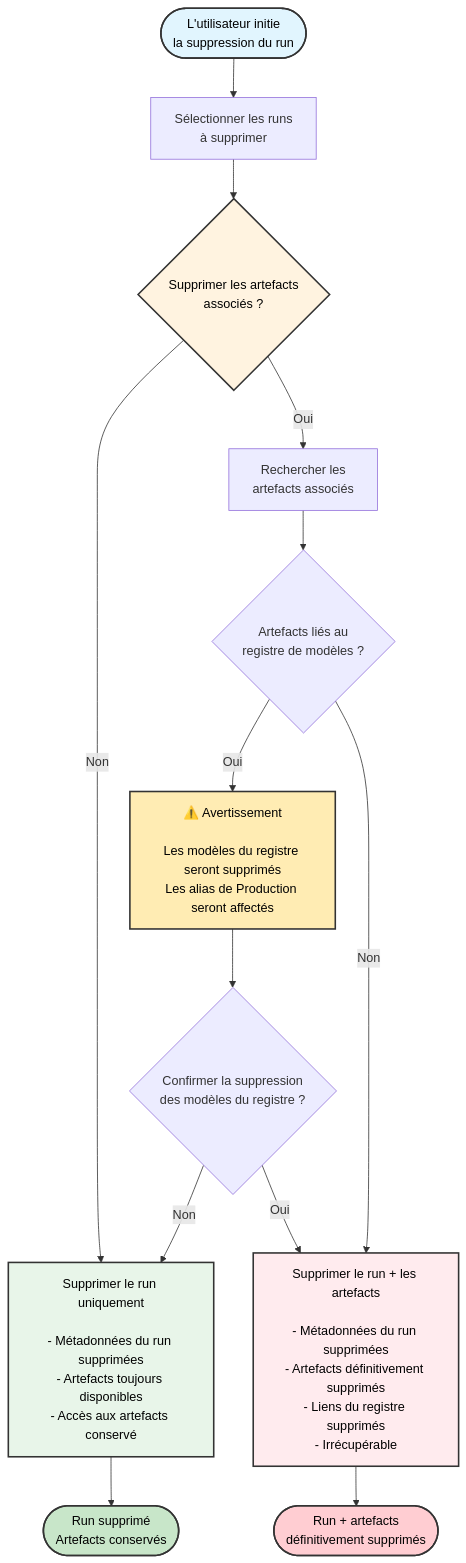
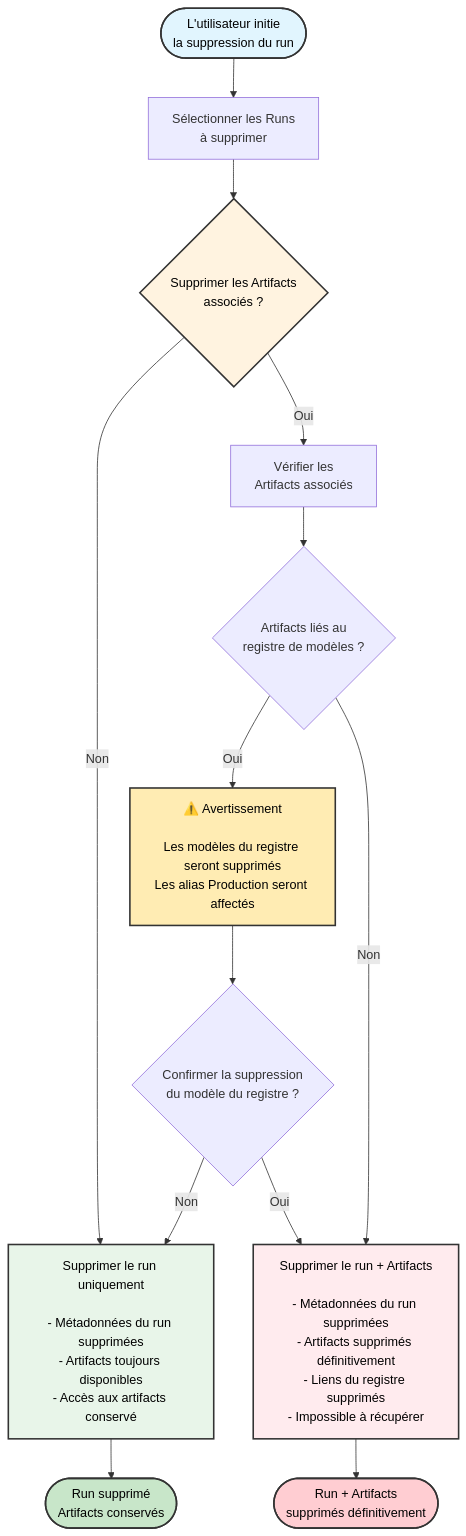
One commit to wandb/docs changed the diagram in fr/models/runs/delete-runs.mdx. Above: the diagram before and after it, drawn with Mermaid. The commit also changed other lines of this file and 2852 other files, not shown here.

````diff
--- a/fr/models/runs/delete-runs.mdx
+++ b/fr/models/runs/delete-runs.mdx
@@ -28,31 +28,31 @@
 ```mermaid
 graph TB
-    Start([L'utilisateur initie<br/>la suppression du run]) --> RunSelect[Sélectionner les runs<br/>à supprimer]
+    Start([L'utilisateur initie<br/>la suppression du run]) --> RunSelect[Sélectionner les Runs<br/>à supprimer]
     
-    RunSelect --> DeletePrompt{Supprimer les artefacts<br/>associés ?}
+    RunSelect --> DeletePrompt{Supprimer les Artifacts<br/>associés ?}
     
-    DeletePrompt -->|Non| DeleteRunOnly[Supprimer le run uniquement<br/><br/>- Métadonnées du run supprimées<br/>- Artefacts toujours disponibles<br/>- Accès aux artefacts conservé]
+    DeletePrompt -->|Non| DeleteRunOnly[Supprimer le run uniquement<br/><br/>- Métadonnées du run supprimées<br/>- Artifacts toujours disponibles<br/>- Accès aux artifacts conservé]
     
-    DeletePrompt -->|Oui| CheckArtifacts[Rechercher les<br/>artefacts associés]
+    DeletePrompt -->|Oui| CheckArtifacts[Vérifier les<br/>Artifacts associés]
     
-    CheckArtifacts --> HasRegistry{Artefacts liés au<br/>registre de modèles ?}
+    CheckArtifacts --> HasRegistry{Artifacts liés au<br/>registre de modèles ?}
     
-    HasRegistry -->|Oui| RegistryWarning[⚠️ Avertissement<br/><br/>Les modèles du registre seront supprimés<br/>Les alias de Production seront affectés]
+    HasRegistry -->|Oui| RegistryWarning[⚠️ Avertissement<br/><br/>Les modèles du registre seront supprimés<br/>Les alias Production seront affectés]
     HasRegistry -->|Non| DirectDelete
     
-    RegistryWarning --> ConfirmRegistry{Confirmer la suppression<br/>des modèles du registre ?}
+    RegistryWarning --> ConfirmRegistry{Confirmer la suppression<br/>du modèle du registre ?}
     
     ConfirmRegistry -->|Non| DeleteRunOnly
-    ConfirmRegistry -->|Oui| DirectDelete[Supprimer le run + les artefacts<br/><br/>- Métadonnées du run supprimées<br/>- Artefacts définitivement supprimés<br/>- Liens du registre supprimés<br/>- Irrécupérable]
+    ConfirmRegistry -->|Oui| DirectDelete[Supprimer le run + Artifacts<br/><br/>- Métadonnées du run supprimées<br/>- Artifacts supprimés définitivement<br/>- Liens du registre supprimés<br/>- Impossible à récupérer]
     
-    DeleteRunOnly --> PartialEnd([Run supprimé<br/>Artefacts conservés])
-    DirectDelete --> FullEnd([Run + artefacts<br/>définitivement supprimés])
+    DeleteRunOnly --> PartialEnd([Run supprimé<br/>Artifacts conservés])
+    DirectDelete --> FullEnd([Run + Artifacts<br/>supprimés définitivement])
     
     style Start fill:#e1f5fe,stroke:#333,stroke-width:2px,color:#000
     style DeletePrompt fill:#fff3e0,stroke:#333,stroke-width:2px,color:#000
     style RegistryWarning fill:#ffecb3,stroke:#333,stroke-width:2px,color:#000
     style DirectDelete fill:#ffebee,stroke:#333,stroke-width:2px,color:#000
     style DeleteRunOnly fill:#e8f5e9,stroke:#333,stroke-width:2px,color:#000
     style PartialEnd fill:#c8e6c9,stroke:#333,stroke-width:2px,color:#000
     style FullEnd fill:#ffcdd2,stroke:#333,stroke-width:2px,color:#000
 ```
````
